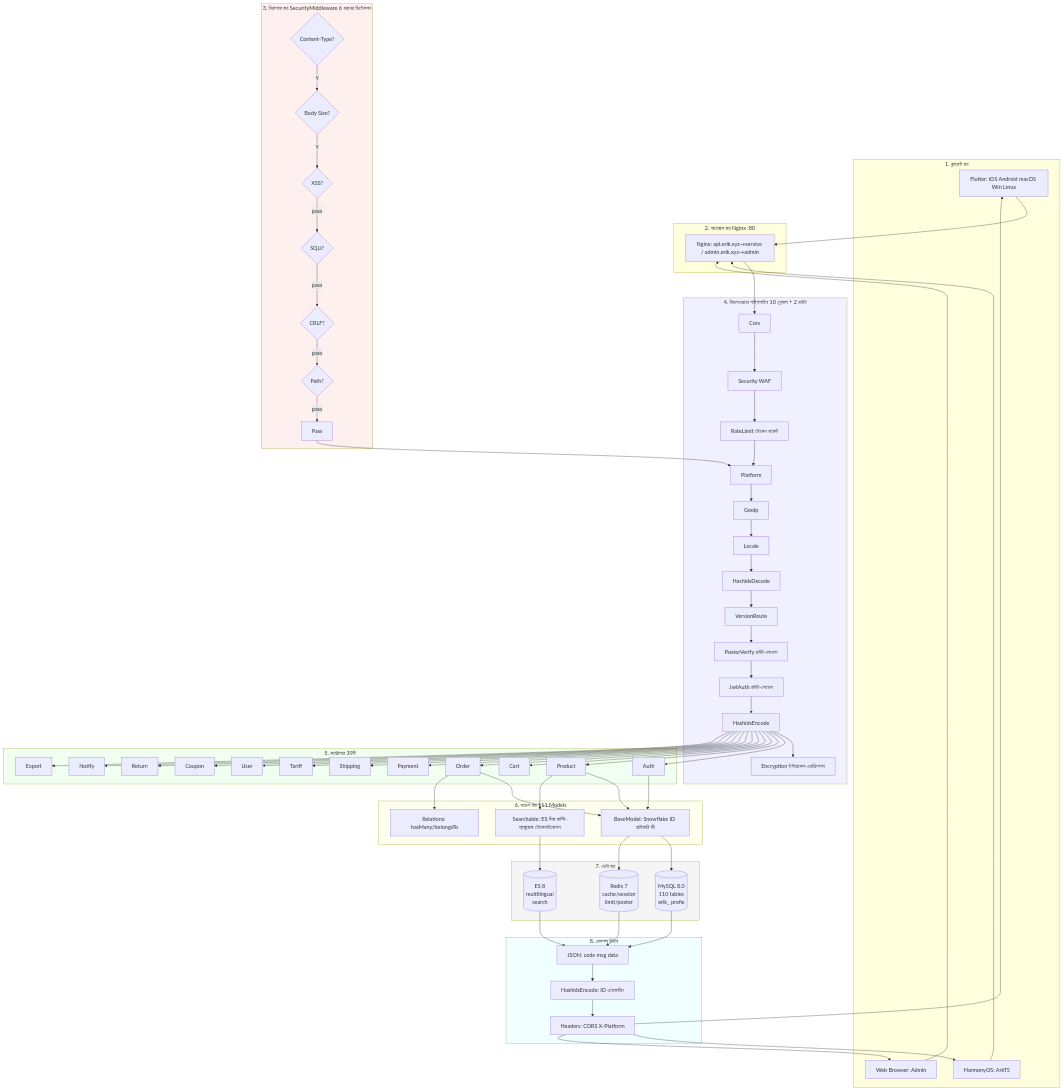
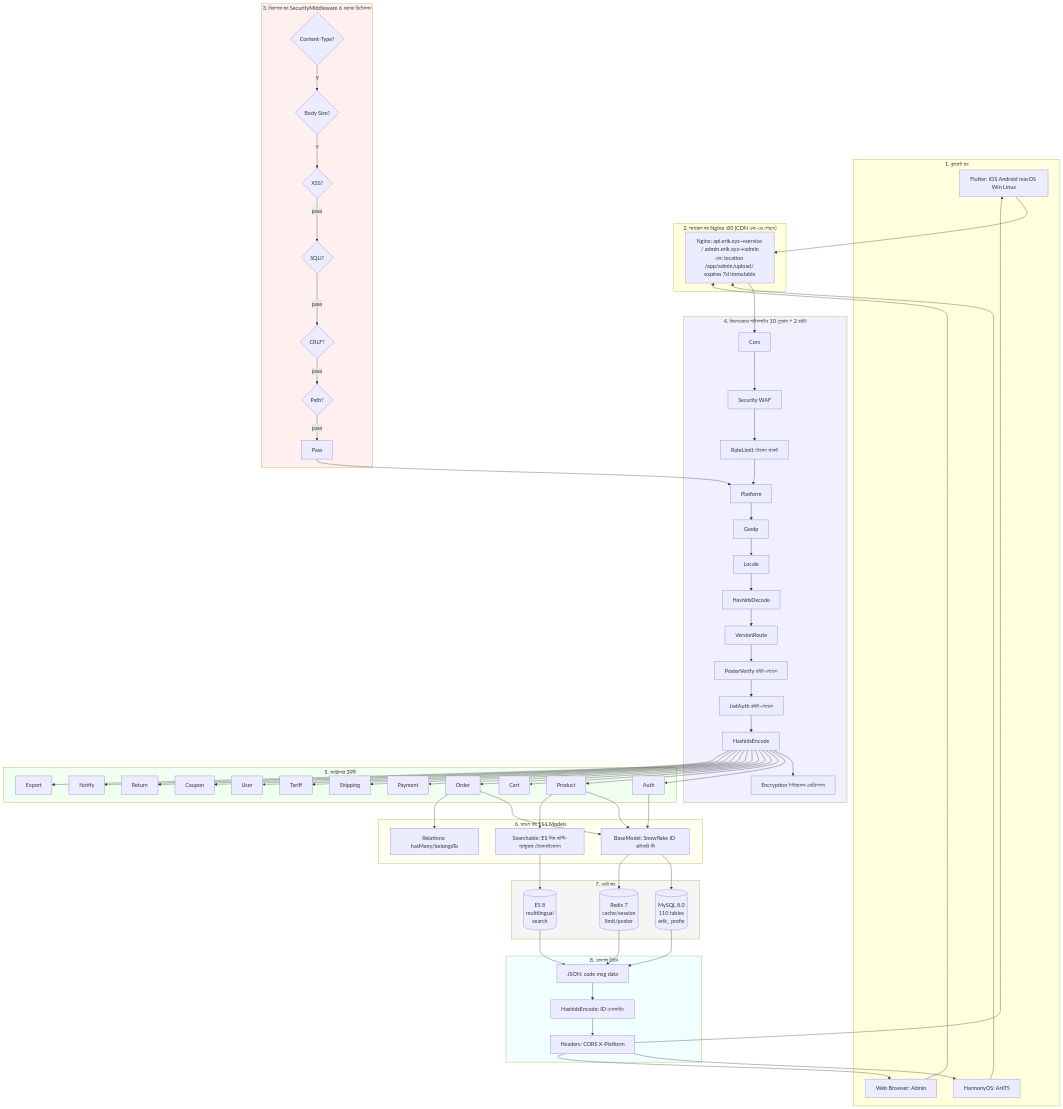
The second of 6 diagrams in docs/i18n/bn/architecture-full.md (erikwang2013/erik-shop), drawn with Mermaid before and after one commit. The commit also changed other lines of this file and 191 other files, not shown here.

First line of the commit message:
v1.2.0：CDN 内容分发接入（Origin-Pull 回源 + 四大云厂商适配 + 管理端配置/刷新/日志 + 上传持久化 + 全文档与12语言i18n同步 + Crypto 捐赠图文入库）

````diff
--- a/docs/i18n/bn/architecture-full.md
+++ b/docs/i18n/bn/architecture-full.md
@@ -73,73 +73,73 @@
 ```mermaid
 graph TB
     subgraph Clients["1. ক্লায়েন্ট স্তর"]
         FL[Flutter: iOS Android macOS Win Linux]
         HM[HarmonyOS: ArkTS]
         WB[Web Browser: Admin]
     end
-    subgraph Gateway["2. অ্যাক্সেস স্তর Nginx :80"]
-        NG[Nginx: api.erik.xyz→service / admin.erik.xyz→admin]
+    subgraph Gateway["2. অ্যাক্সেস স্তর Nginx :80 (CDN এজ-এর পেছনে)"]
+        NG[Nginx: api.erik.xyz→service / admin.erik.xyz→admin<br/>এজ: location /app/admin/upload/ expires 7d immutable]
     end
     subgraph Security["3. নিরাপত্তা স্তর SecurityMiddleware 6 ধরনের ডিটেকশন"]
         CT{Content-Type?} -->|Y| BS{Body Size?}
         BS -->|Y| XS{XSS?}
         XS -->|pass| SQ{SQLi?}
         SQ -->|pass| CR{CRLF?}
         CR -->|pass| PT{Path?}
         PT -->|pass| PASS[Pass]
     end
     subgraph Pipeline["4. মিডলওয়্যার পাইপলাইন 10 গ্লোবাল + 2 রাউট"]
         CORS[Cors] --> SEC[Security WAF]
         SEC --> RATE[RateLimit টোকেন বাকেট]
         RATE --> PLAT[Platform]
         PLAT --> GEO[GeoIp]
         GEO --> LOC[Locale]
         LOC --> HDEC[HashidsDecode]
         HDEC --> VER[VersionRoute]
         VER --> POSTV[PosterVerify রাউট-লেভেল]
         POSTV --> JWT[JwtAuth রাউট-লেভেল]
         JWT --> HENC[HashidsEncode]
         HENC --> ENC[Encryption ইন্টারফেস এনক্রিপশন]
     end
     subgraph Controllers["5. কন্ট্রোলার 39টি"]
         AUTH[Auth] & PROD[Product] & CART[Cart]
         ORD[Order] & PAY[Payment] & SHIP[Shipping]
         TARI[Tariff] & USER[User] & COUP[Coupon]
         RET[Return] & NOTI[Notify] & EXPORT[Export]
     end
     subgraph Models["6. মডেল স্তর 111 Models"]
         BM[BaseModel: Snowflake ID প্রাইমারি কী]
         REL[Relations: hasMany/belongsTo]
         SRCH[Searchable: ES সিঙ্ক মাল্টি-ল্যাঙ্গুয়েজ টোকেনাইজেশন]
     end
     subgraph Data["7. ডেটা স্তর"]
         MySQL[(MySQL 8.0<br/>110 tables<br/>erik_ prefix)]
         Redis[(Redis 7<br/>cache/session<br/>limit/poster)]
         ES[(ES 8<br/>multilingual<br/>search)]
     end
     subgraph Response["8. রেসপন্স রিটার্ন"]
         JSON[JSON: code msg data]
         OUTENC[HashidsEncode: ID এনকোডিং]
         HEADERS[Headers: CORS X-Platform]
     end
 
     FL & HM & WB --> NG
     NG --> CORS
     PASS --> PLAT
     HENC --> AUTH & PROD & CART & ORD & PAY & SHIP & TARI & USER & COUP & RET & NOTI & EXPORT
     AUTH & PROD & ORD --> BM
     ORD --> REL
     PROD --> SRCH
     BM --> MySQL & Redis
     SRCH --> ES
     MySQL & Redis & ES --> JSON
     JSON --> OUTENC --> HEADERS
     HEADERS --> FL & HM & WB
 
     style Security fill:#fff0f0
     style Pipeline fill:#f0f0ff
     style Controllers fill:#f0fff0
     style Models fill:#fffff0
     style Data fill:#f5f5f5
     style Response fill:#f0ffff
 ```
````
